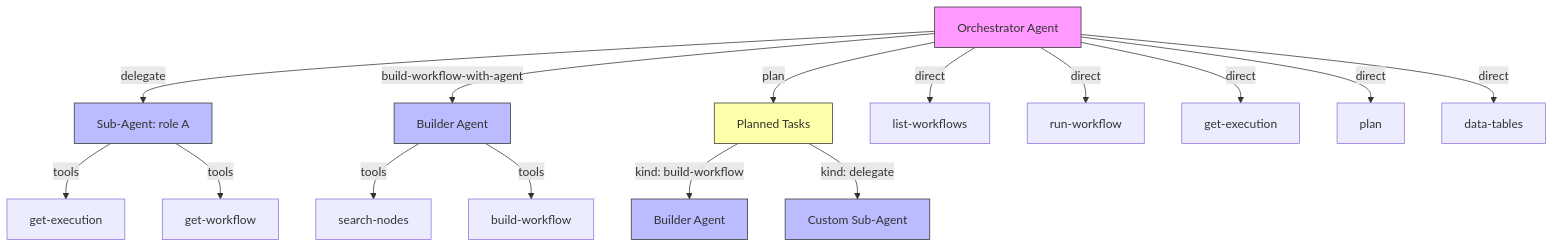
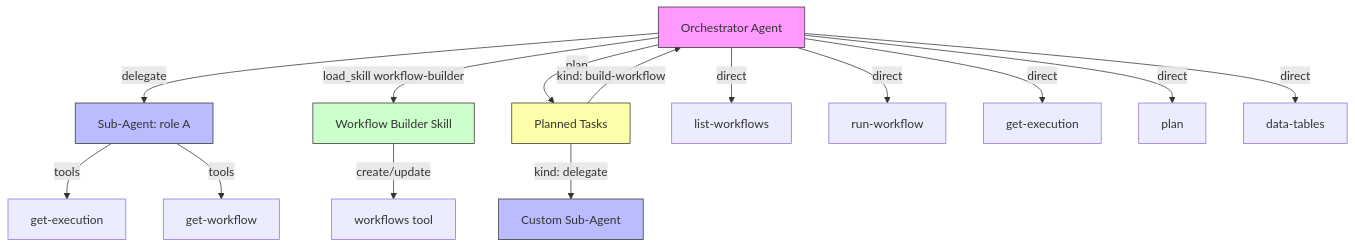
Before and after one commit to mayankjain1815-commits/n8n: the second of 2 diagrams in packages/@n8n/instance-ai/docs/architecture.md, drawn with Mermaid. The commit also changed other lines of this file and 151 other files, not shown here.

First line of the commit message:
feat(instance-ai): replace workflow builder agent with a skill-based lifecycle

````diff
--- a/packages/@n8n/instance-ai/docs/architecture.md
+++ b/packages/@n8n/instance-ai/docs/architecture.md
@@ -132,26 +132,23 @@
 ```mermaid
 graph TD
     O[Orchestrator Agent] -->|delegate| S1[Sub-Agent: role A]
-    O -->|build-workflow-with-agent| S2[Builder Agent]
+    O -->|load_skill workflow-builder| SK[Workflow Builder Skill]
+    SK -->|create/update| T9[workflows tool]
     O -->|plan| S3[Planned Tasks]
     O -->|direct| T1[list-workflows]
     O -->|direct| T2[run-workflow]
     O -->|direct| T3[get-execution]
     O -->|direct| T4[plan]
     O -->|direct| T5[data-tables]
 
-    S3 -->|kind: build-workflow| S4[Builder Agent]
+    S3 -->|kind: build-workflow| O
     S3 -->|kind: delegate| S7[Custom Sub-Agent]
 
     S1 -->|tools| T6[get-execution]
     S1 -->|tools| T7[get-workflow]
-    S2 -->|tools| T8[search-nodes]
-    S2 -->|tools| T9[build-workflow]
-
     style O fill:#f9f,stroke:#333
     style S1 fill:#bbf,stroke:#333
-    style S2 fill:#bbf,stroke:#333
     style S3 fill:#ffa,stroke:#333
-    style S4 fill:#bbf,stroke:#333
+    style SK fill:#cfc,stroke:#333
     style S7 fill:#bbf,stroke:#333
 ```
````
